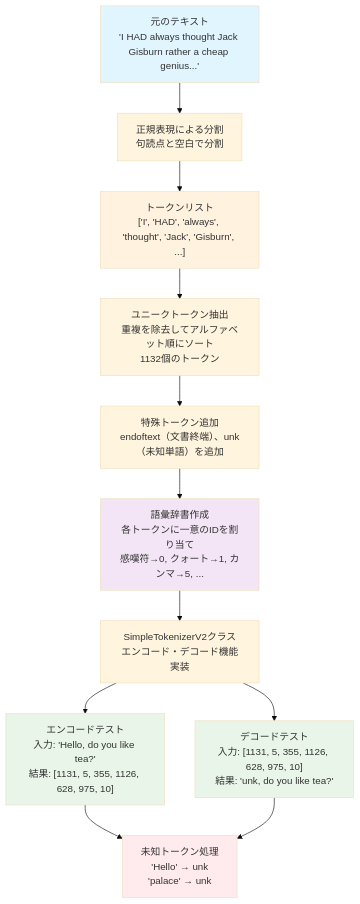
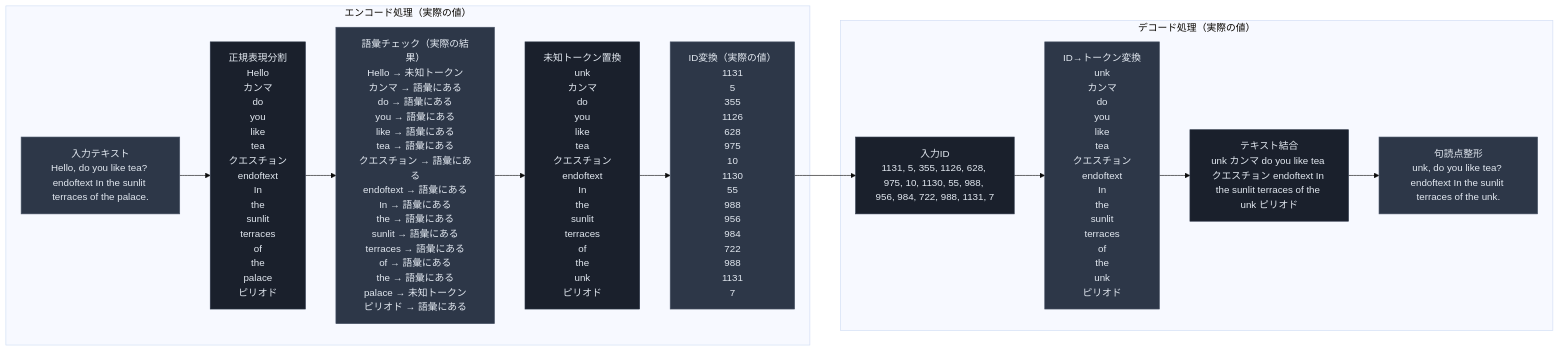
Before and after one commit to HayatoKudou/LLM-Tukuttemita: the first of 2 diagrams in README.md, drawn with Mermaid (base theme).

````diff
--- a/README.md
+++ b/README.md
@@ -74,28 +74,27 @@
 ```mermaid
-graph TD
-    A["元のテキスト<br/>'I HAD always thought Jack Gisburn rather a cheap genius...'"] --> B["正規表現による分割<br/>句読点と空白で分割"]
+graph LR
+    subgraph "エンコード処理（実際の値）"
+        A1["入力テキスト<br/>Hello, do you like tea? endoftext In the sunlit terraces of the palace."] --> A2["正規表現分割<br/>Hello<br/>カンマ<br/>do<br/>you<br/>like<br/>tea<br/>クエスチョン<br/>endoftext<br/>In<br/>the<br/>sunlit<br/>terraces<br/>of<br/>the<br/>palace<br/>ピリオド"]
+        A2 --> A3["語彙チェック（実際の結果）<br/>Hello → 未知トークン<br/>カンマ → 語彙にある<br/>do → 語彙にある<br/>you → 語彙にある<br/>like → 語彙にある<br/>tea → 語彙にある<br/>クエスチョン → 語彙にある<br/>endoftext → 語彙にある<br/>In → 語彙にある<br/>the → 語彙にある<br/>sunlit → 語彙にある<br/>terraces → 語彙にある<br/>of → 語彙にある<br/>the → 語彙にある<br/>palace → 未知トークン<br/>ピリオド → 語彙にある"]
+        A3 --> A4["未知トークン置換<br/>unk<br/>カンマ<br/>do<br/>you<br/>like<br/>tea<br/>クエスチョン<br/>endoftext<br/>In<br/>the<br/>sunlit<br/>terraces<br/>of<br/>the<br/>unk<br/>ピリオド"]
+        A4 --> A5["ID変換（実際の値）<br/>1131<br/>5<br/>355<br/>1126<br/>628<br/>975<br/>10<br/>1130<br/>55<br/>988<br/>956<br/>984<br/>722<br/>988<br/>1131<br/>7"]
+    end
     
-    B --> C["トークンリスト<br/>['I', 'HAD', 'always', 'thought', 'Jack', 'Gisburn', ...]"]
+    subgraph "デコード処理（実際の値）"
+        B1["入力ID<br/>1131, 5, 355, 1126, 628, 975, 10, 1130, 55, 988, 956, 984, 722, 988, 1131, 7"] --> B2["ID→トークン変換<br/>unk<br/>カンマ<br/>do<br/>you<br/>like<br/>tea<br/>クエスチョン<br/>endoftext<br/>In<br/>the<br/>sunlit<br/>terraces<br/>of<br/>the<br/>unk<br/>ピリオド"]
+        B2 --> B3["テキスト結合<br/>unk カンマ do you like tea クエスチョン endoftext In the sunlit terraces of the unk ピリオド"]
+        B3 --> B4["句読点整形<br/>unk, do you like tea? endoftext In the sunlit terraces of the unk."]
+    end
     
-    C --> D["ユニークトークン抽出<br/>重複を除去してアルファベット順にソート<br/>1132個のトークン"]
+    A5 --> B1
     
-    D --> E["特殊トークン追加<br/>endoftext（文書終端）、unk（未知単語）を追加"]
-    
-    E --> F["語彙辞書作成<br/>各トークンに一意のIDを割り当て<br/>感嘆符→0, クォート→1, カンマ→5, ..."]
-    
-    F --> G["SimpleTokenizerV2クラス<br/>エンコード・デコード機能実装"]
-    
-    G --> H1["エンコードテスト<br/>入力: 'Hello, do you like tea?'<br/>結果: [1131, 5, 355, 1126, 628, 975, 10]"]
-    
-    G --> H2["デコードテスト<br/>入力: [1131, 5, 355, 1126, 628, 975, 10]<br/>結果: 'unk, do you like tea?'"]
-    
-    H1 --> I["未知トークン処理<br/>'Hello' → unk<br/>'palace' → unk"]
-    H2 --> I
-    
-    style A fill:#e1f5fe
-    style C fill:#fff3e0
-    style F fill:#f3e5f5
-    style H1 fill:#e8f5e8
-    style H2 fill:#e8f5e8
-    style I fill:#ffebee
+    style A1 fill:#2d3748,stroke:#4a5568,color:#e2e8f0
+    style A2 fill:#1a202c,stroke:#2d3748,color:#e2e8f0
+    style A3 fill:#2d3748,stroke:#4a5568,color:#e2e8f0
+    style A4 fill:#1a202c,stroke:#2d3748,color:#e2e8f0
+    style A5 fill:#2d3748,stroke:#4a5568,color:#e2e8f0
+    style B1 fill:#1a202c,stroke:#2d3748,color:#e2e8f0
+    style B2 fill:#2d3748,stroke:#4a5568,color:#e2e8f0
+    style B3 fill:#1a202c,stroke:#2d3748,color:#e2e8f0
+    style B4 fill:#2d3748,stroke:#4a5568,color:#e2e8f0
 ```
````
